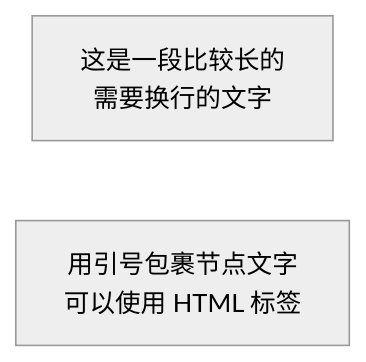
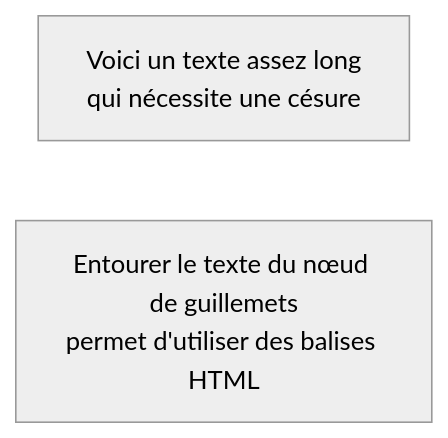
Diagram 15 of 15 in skills/PM skills/charts/references/mermaid.md (bigleon2/KNOWLEDGE), drawn with Mermaid (neutral theme) before and after one commit. The commit also changed other lines of this file and 35 other files, not shown here.

````diff
--- a/skills/PM skills/charts/references/mermaid.md
+++ b/skills/PM skills/charts/references/mermaid.md
@@ -780,5 +780,5 @@
 ```mermaid
 flowchart LR
-    A["这是一段比较长的<br>需要换行的文字"]
-    B["用引号包裹节点文字<br>可以使用 HTML 标签"]
+    A["Voici un texte assez long<br>qui nécessite une césure"]
+    B["Entourer le texte du nœud de guillemets<br>permet d'utiliser des balises HTML"]
 ```
````
